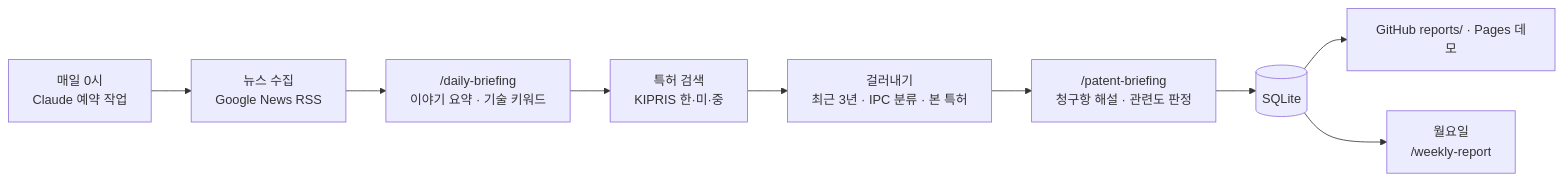
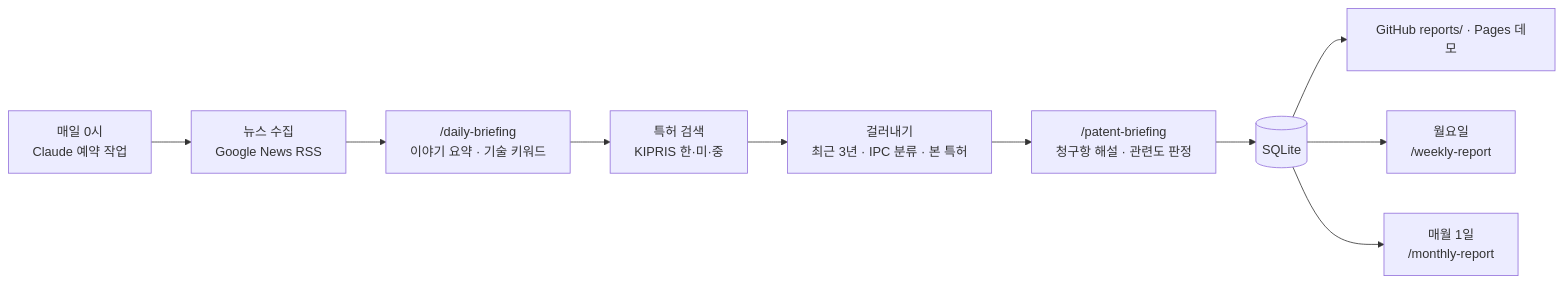
One commit to ChoJiwon00/patent-radar changed the diagram in README.md. Above: the diagram before and after it, drawn with Mermaid. The commit also changed other lines of this file and 14 other files, not shown here.

````diff
--- a/README.md
+++ b/README.md
@@ -77,11 +79,12 @@
 ```mermaid
 flowchart LR
   A["매일 0시<br>Claude 예약 작업"] --> B["뉴스 수집<br>Google News RSS"]
   B --> C["/daily-briefing<br>이야기 요약 · 기술 키워드"]
   C --> D["특허 검색<br>KIPRIS 한·미·중"]
   D --> E["걸러내기<br>최근 3년 · IPC 분류 · 본 특허"]
   E --> F["/patent-briefing<br>청구항 해설 · 관련도 판정"]
   F --> G[("SQLite")]
   G --> I["GitHub reports/ · Pages 데모"]
   G --> J["월요일<br>/weekly-report"]
+  G --> K["매월 1일<br>/monthly-report"]
 ```
````
